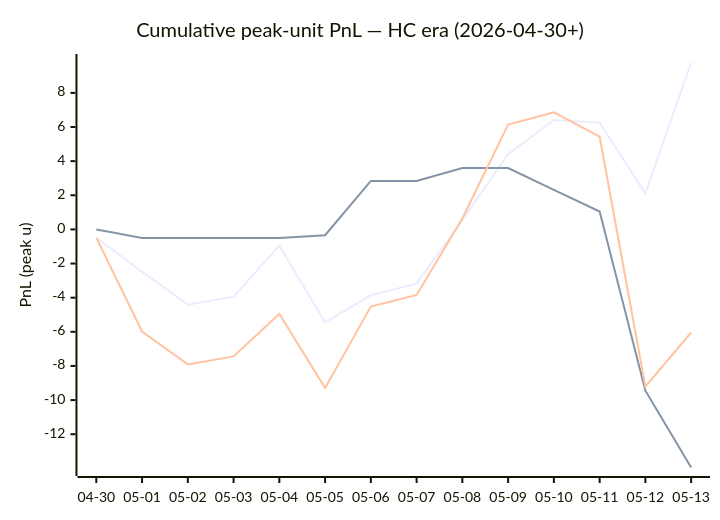
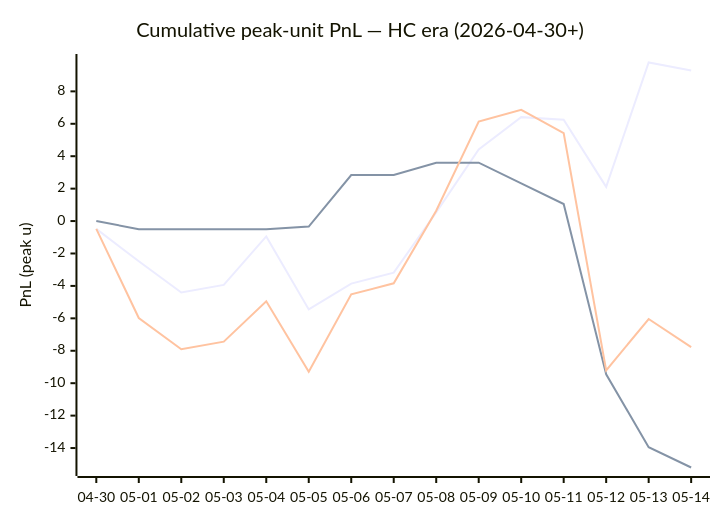
Before and after one commit to dpk1212/nhl-savant: the diagram in DAILY_V6_REPORT.md, drawn with Mermaid. The commit also changed other lines of this file and 35 other files, not shown here.

````diff
--- a/DAILY_V6_REPORT.md
+++ b/DAILY_V6_REPORT.md
@@ -172,9 +170,9 @@
 ```mermaid
 xychart-beta
     title "Cumulative peak-unit PnL — HC era (2026-04-30+)"
-    x-axis ["04-30", "05-01", "05-02", "05-03", "05-04", "05-05", "05-06", "05-07", "05-08", "05-09", "05-10", "05-11", "05-12", "05-13"]
+    x-axis ["04-30", "05-01", "05-02", "05-03", "05-04", "05-05", "05-06", "05-07", "05-08", "05-09", "05-10", "05-11", "05-12", "05-13", "05-14"]
     y-axis "PnL (peak u)"
-    line "HC ≥ +1" [-0.48, -2.48, -4.41, -3.94, -0.95, -5.45, -3.86, -3.18, 0.54, 4.41, 6.41, 6.25, 2.11, 9.78]
-    line "HC = 0"  [0.00, -0.50, -0.50, -0.50, -0.50, -0.34, 2.84, 2.84, 3.60, 3.60, 2.32, 1.05, -9.45, -13.95]
-    line "All (HC era)" [-0.48, -5.98, -7.91, -7.44, -4.95, -9.29, -4.52, -3.84, 0.64, 6.14, 6.86, 5.43, -9.21, -6.04]
+    line "HC ≥ +1" [-0.48, -2.48, -4.41, -3.94, -0.95, -5.45, -3.86, -3.18, 0.54, 4.41, 6.41, 6.25, 2.11, 9.78, 9.29]
+    line "HC = 0"  [0.00, -0.50, -0.50, -0.50, -0.50, -0.34, 2.84, 2.84, 3.60, 3.60, 2.32, 1.05, -9.45, -13.95, -15.20]
+    line "All (HC era)" [-0.48, -5.98, -7.91, -7.44, -4.95, -9.29, -4.52, -3.84, 0.64, 6.14, 6.86, 5.43, -9.21, -6.04, -7.78]
 ```
````
